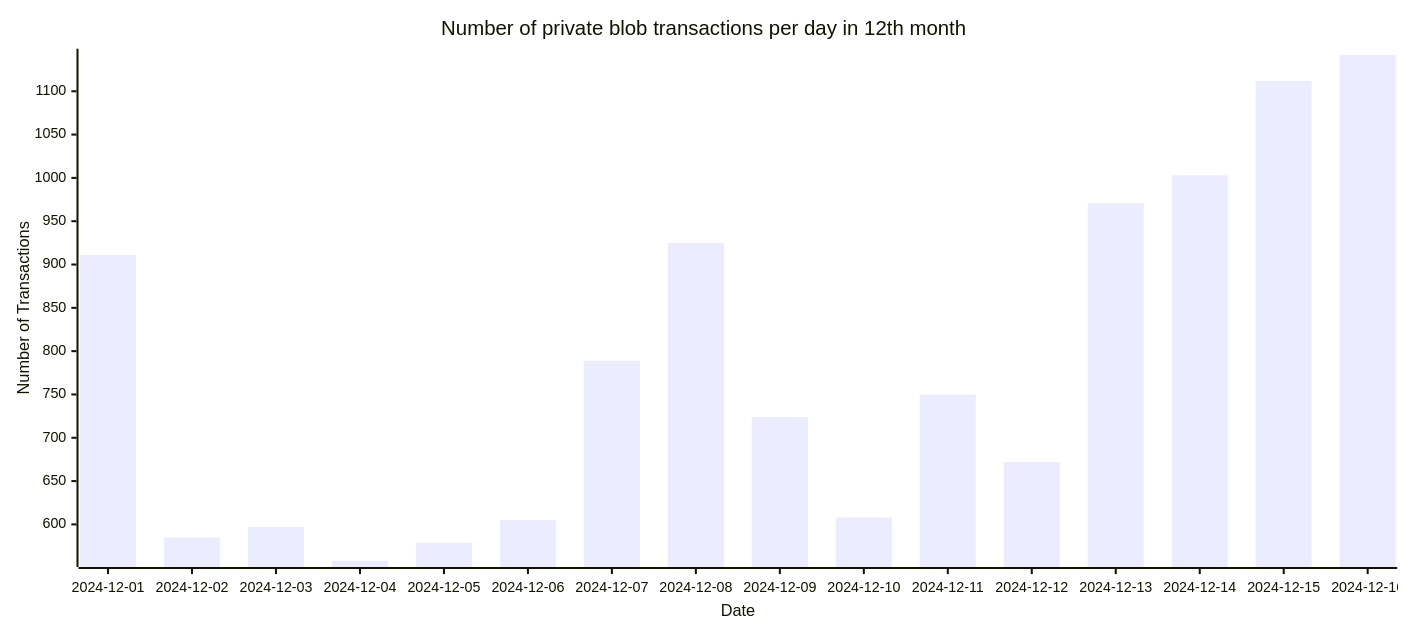
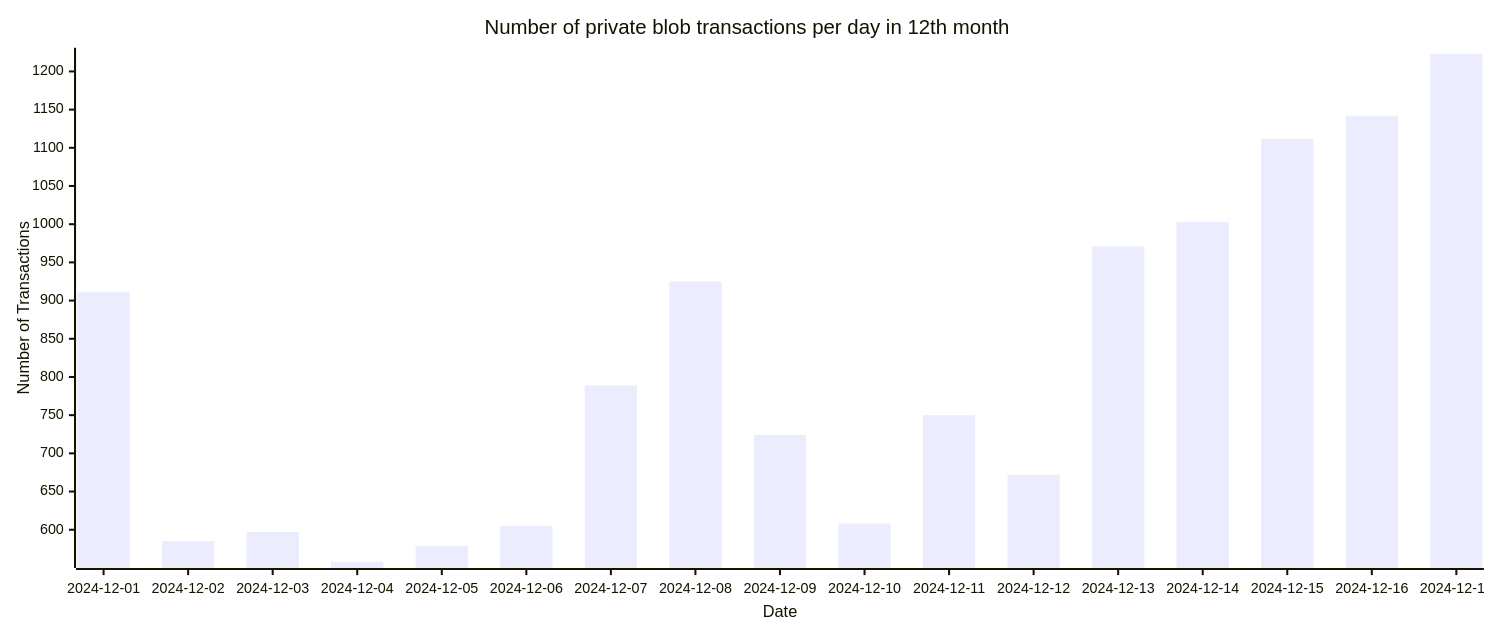
One commit to Amit0617/eip4844-data changed the diagram in README.md. Above: the diagram before and after it, drawn with Mermaid. The commit also changed 1 other file, not shown here.

````diff
--- a/README.md
+++ b/README.md
@@ -1,12 +1,12 @@
 ```mermaid
 ---
 config:
     xyChart:
-        width: 1360
+        width: 1445
         height: 600
 ---
 xychart-beta title "Number of private blob transactions per day in 12th month"
-x-axis "Date" [2024-12-01,2024-12-02,2024-12-03,2024-12-04,2024-12-05,2024-12-06,2024-12-07,2024-12-08,2024-12-09,2024-12-10,2024-12-11,2024-12-12,2024-12-13,2024-12-14,2024-12-15,2024-12-16]
+x-axis "Date" [2024-12-01,2024-12-02,2024-12-03,2024-12-04,2024-12-05,2024-12-06,2024-12-07,2024-12-08,2024-12-09,2024-12-10,2024-12-11,2024-12-12,2024-12-13,2024-12-14,2024-12-15,2024-12-16,2024-12-17]
 y-axis "Number of Transactions"
-bar[911,585,597,558,579,605,789,925,724,608,750,672,971,1003,1112,1142]
+bar[911,585,597,558,579,605,789,925,724,608,750,672,971,1003,1112,1142,1223]
 ```
````
